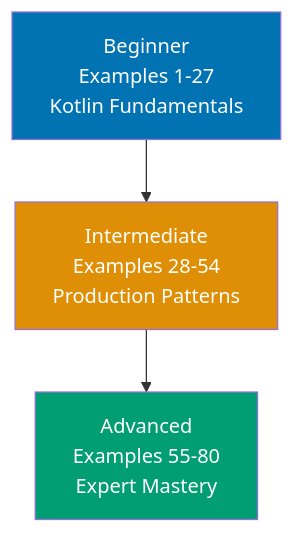
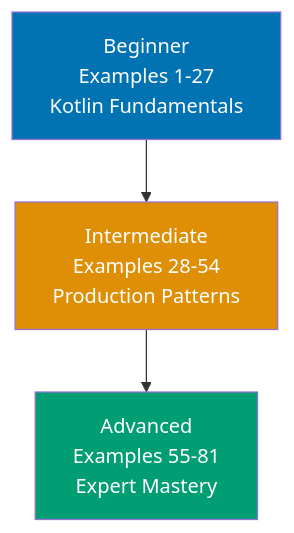
Before and after one commit to wahidyankf/open-sharia-enterprise: the diagram in apps/ayokoding-web/content/en/learn/software-engineering/programming-languages/kotlin/by-example/overview.md, drawn with Mermaid. The commit also changed other lines of this file and 157 other files, not shown here.

````diff
--- a/apps/ayokoding-web/content/en/learn/software-engineering/programming-languages/kotlin/by-example/overview.md
+++ b/apps/ayokoding-web/content/en/learn/software-engineering/programming-languages/kotlin/by-example/overview.md
@@ -36,10 +33,10 @@
 ```mermaid
 %% Color Palette: Blue #0173B2, Orange #DE8F05, Teal #029E73, Purple #CC78BC, Brown #CA9161
 graph TD
     A["Beginner<br/>Examples 1-27<br/>Kotlin Fundamentals"] --> B["Intermediate<br/>Examples 28-54<br/>Production Patterns"]
-    B --> C["Advanced<br/>Examples 55-80<br/>Expert Mastery"]
+    B --> C["Advanced<br/>Examples 55-81<br/>Expert Mastery"]
 
     style A fill:#0173B2,color:#fff
     style B fill:#DE8F05,color:#fff
     style C fill:#029E73,color:#fff
 ```
````
